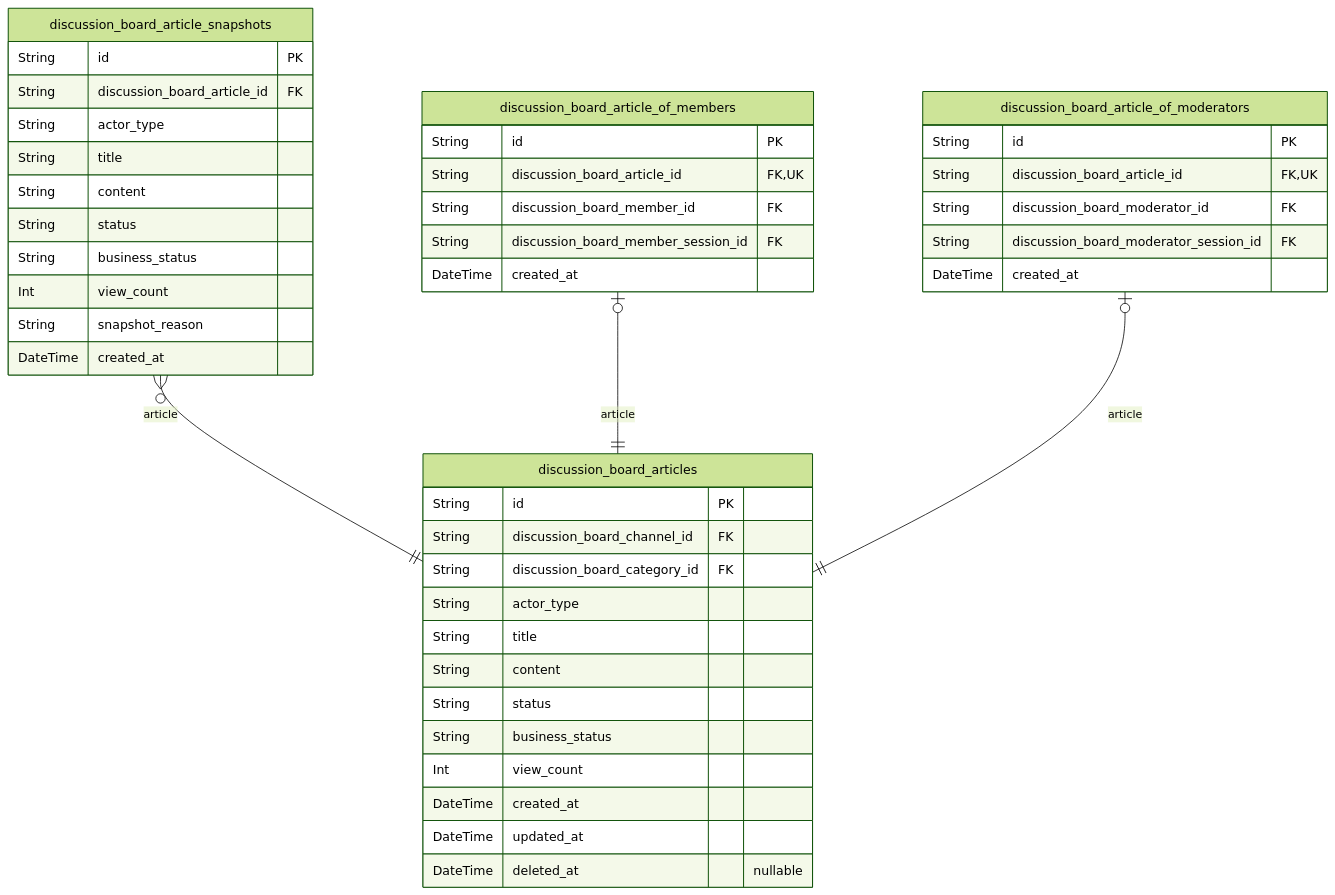
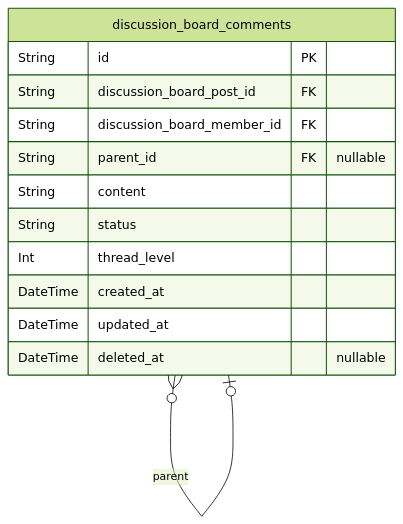
The fourth of 8 diagrams in deepseek/deepseek-v3.1-terminus-exacto/bbs/docs/ERD.md (wrtnlabs/autobe-examples), drawn with Mermaid (forest theme) before and after one commit. The commit also changed other lines of this file and 3569 other files, not shown here.

````diff
--- a/deepseek/deepseek-v3.1-terminus-exacto/bbs/docs/ERD.md
+++ b/deepseek/deepseek-v3.1-terminus-exacto/bbs/docs/ERD.md
@@ -444,46 +436,16 @@
 ```mermaid
 erDiagram
-"discussion_board_articles" {
+"discussion_board_comments" {
   String id PK
-  String discussion_board_channel_id FK
-  String discussion_board_category_id FK
-  String actor_type
-  String title
+  String discussion_board_post_id FK
+  String discussion_board_member_id FK
+  String parent_id FK "nullable"
   String content
   String status
-  String business_status
-  Int view_count
+  Int thread_level
   DateTime created_at
   DateTime updated_at
   DateTime deleted_at "nullable"
 }
-"discussion_board_article_snapshots" {
-  String id PK
-  String discussion_board_article_id FK
-  String actor_type
-  String title
-  String content
-  String status
-  String business_status
-  Int view_count
-  String snapshot_reason
-  DateTime created_at
-}
-"discussion_board_article_of_members" {
-  String id PK
-  String discussion_board_article_id FK,UK
-  String discussion_board_member_id FK
-  String discussion_board_member_session_id FK
-  DateTime created_at
-}
-"discussion_board_article_of_moderators" {
-  String id PK
-  String discussion_board_article_id FK,UK
-  String discussion_board_moderator_id FK
-  String discussion_board_moderator_session_id FK
-  DateTime created_at
-}
-"discussion_board_article_snapshots" }o--|| "discussion_board_articles" : article
-"discussion_board_article_of_members" |o--|| "discussion_board_articles" : article
-"discussion_board_article_of_moderators" |o--|| "discussion_board_articles" : article
+"discussion_board_comments" }o--o| "discussion_board_comments" : parent
 ```
````
